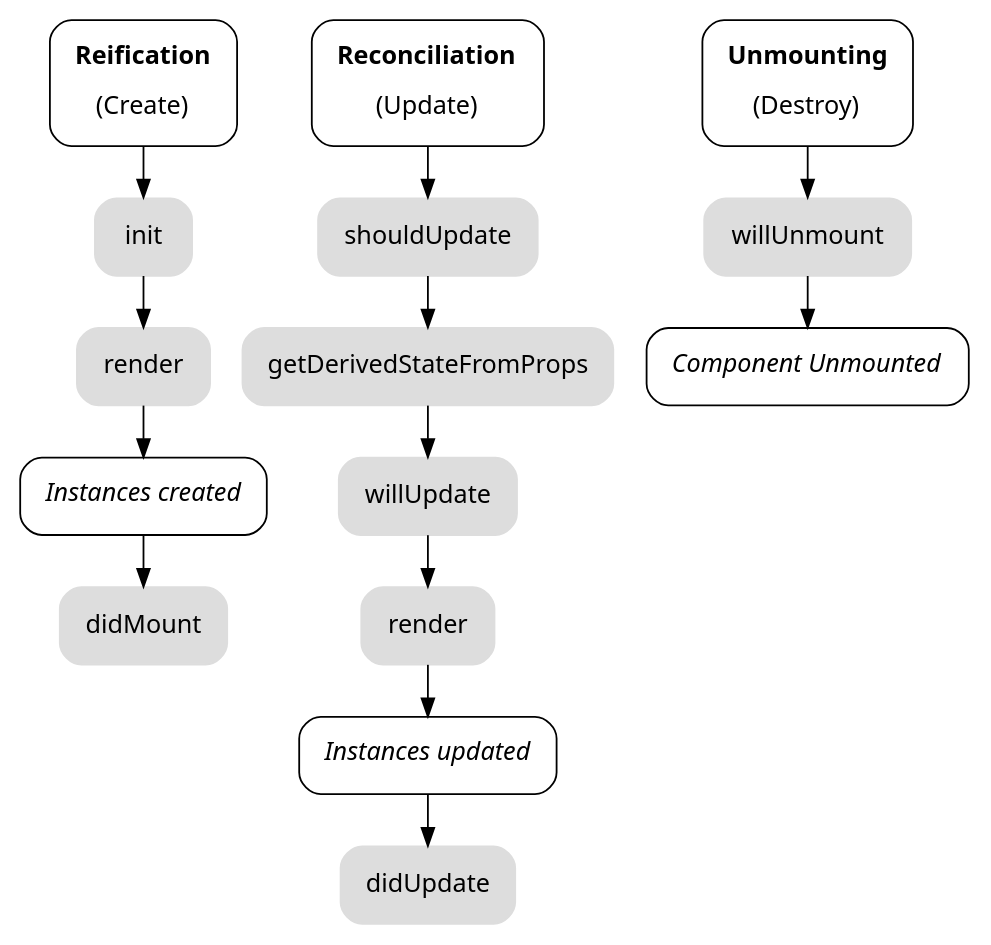
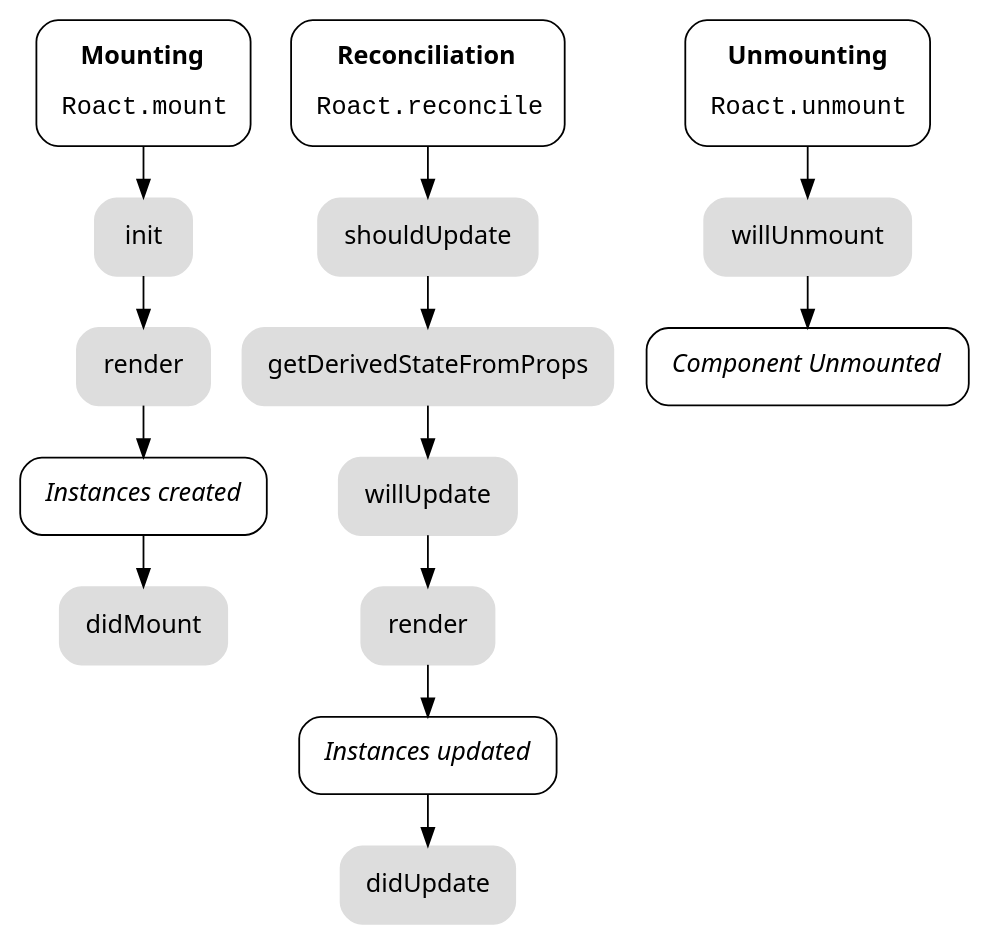
The diagram in images/lifecycle.gv (TylerRHoyer/roact), drawn with Graphviz before and after one commit. The commit also changed 18 other files, not shown here.

```diff
--- a/images/lifecycle.gv
+++ b/images/lifecycle.gv
@@ -1,25 +1,37 @@
 digraph G {
 	ranksep="0.4";
 	node [
 		shape="box",
 		style="rounded,filled",
 		color="#dddddd",
 		fontname="Segoe UI",
 		margin="0.2",
 	];
 	edge [
 	];
 
 	render1 [label="render"];
 	created [style="rounded", color="#000000", label=<<i>Instances created</i>>];
-	reify [style="rounded", color="#000000", label=<<b>Reification</b><br /><br />(Create)>];
-	reify -> init -> render1 -> created -> didMount;
+	mount [style="rounded", color="#000000", label=<
+		<b>Mounting</b>
+		<br /><br />
+		<font face="monospace">Roact.mount</font>
+	>];
+	mount -> init -> render1 -> created -> didMount;
 
 	updated [style="rounded", color="#000000", label=<<i>Instances updated</i>>];
-	reconcile [style="rounded", color="#000000", label=<<b>Reconciliation</b><br /><br />(Update)>];
+	reconcile [style="rounded", color="#000000", label=<
+		<b>Reconciliation</b>
+		<br /><br />
+		<font face="monospace">Roact.reconcile</font>
+	>];
 	reconcile -> shouldUpdate -> getDerivedStateFromProps -> willUpdate -> render -> updated -> didUpdate;
 
 	unmounted [style="rounded", color="#000000", label=<<i>Component Unmounted</i>>];
-	unmount [style="rounded", color="#000000", label=<<b>Unmounting</b><br /><br />(Destroy)>];
+	unmount [style="rounded", color="#000000", label=<
+		<b>Unmounting</b>
+		<br /><br />
+		<font face="monospace">Roact.unmount</font>
+	>];
 	unmount -> willUnmount -> unmounted;
 }
```
